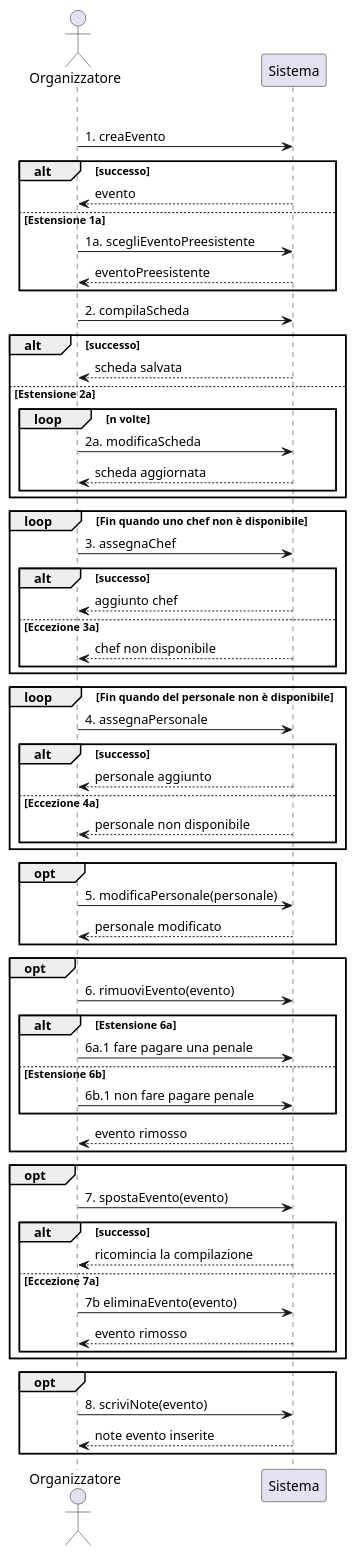
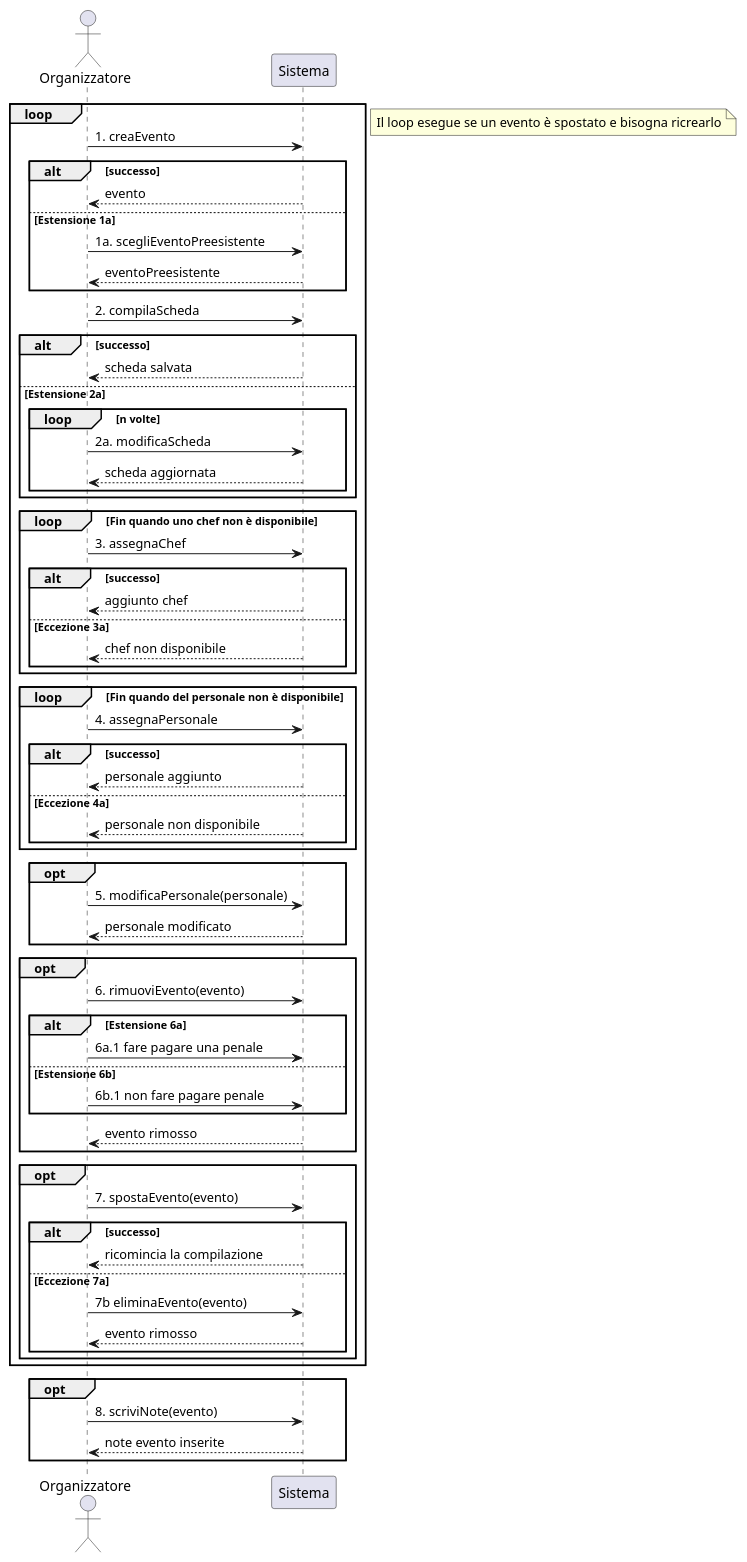
One commit to m0canu1/sas changed the diagram in ssd/ssd_gestire_eventi.md. Above: the diagram before and after it, drawn with PlantUML.

Commit message:
Aggiunta prima nota

````diff
--- a/ssd/ssd_gestire_eventi.md
+++ b/ssd/ssd_gestire_eventi.md
@@ -1,73 +1,76 @@
 ```plantuml
 actor Organizzatore
 participant Sistema
 
 loop
-	Organizzatore -> Sistema : 1. creaEvento
-	alt successo
+
+	Organizzatore -> Sistema : 1. creaEvento 
+    alt successo
 		Sistema --> Organizzatore : evento 
 	else Estensione 1a
 		Organizzatore -> Sistema : 1a. scegliEventoPreesistente
 		Sistema --> Organizzatore : eventoPreesistente
 	end
 	
 	Organizzatore -> Sistema : 2. compilaScheda
 	alt successo
 		Sistema --> Organizzatore : scheda salvata
 	else Estensione 2a
 		loop n volte
 			Organizzatore -> Sistema : 2a. modificaScheda
 			Sistema --> Organizzatore : scheda aggiornata
 		end
 	end
 	
 	loop Fin quando uno chef non è disponibile
 		Organizzatore -> Sistema : 3. assegnaChef
 		alt successo
 			Sistema --> Organizzatore : aggiunto chef	
 		else Eccezione 3a 
 			Sistema --> Organizzatore : chef non disponibile
 		end
 	end
 	
 	loop Fin quando del personale non è disponibile
 		Organizzatore -> Sistema : 4. assegnaPersonale
 		alt successo
 			Sistema --> Organizzatore : personale aggiunto
 		else Eccezione 4a
 			Sistema --> Organizzatore : personale non disponibile
 		end
 	end
 	
 	opt
 		Organizzatore -> Sistema : 5. modificaPersonale(personale)
 		Sistema --> Organizzatore : personale modificato
 	end
 	
 	opt
 		Organizzatore -> Sistema : 6. rimuoviEvento(evento)
 		alt Estensione 6a
 			Organizzatore -> Sistema : 6a.1 fare pagare una penale
 		else Estensione 6b
 			Organizzatore -> Sistema : 6b.1 non fare pagare penale
 		end
 		Sistema --> Organizzatore : evento rimosso
 	end
 	
 	opt
 		Organizzatore -> Sistema : 7. spostaEvento(evento)
 		alt successo
 			Sistema --> Organizzatore : ricomincia la compilazione
-		else Eccezione 7a
+        else Eccezione 7a
 			Organizzatore -> Sistema : 7b eliminaEvento(evento)
 			Sistema --> Organizzatore : evento rimosso
 		end
 	end
+end
+note right: Il loop esegue se un evento è spostato e bisogna ricrearlo
 
 opt
 	Organizzatore -> Sistema : 8. scriviNote(evento)
 	Sistema --> Organizzatore : note evento inserite
 end
 
 
 ```
````
